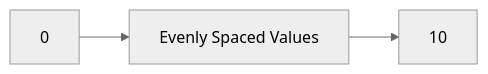
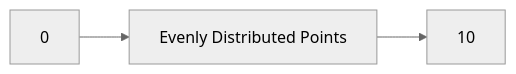
One commit to Balasubramanian-pg/MSC.-Data-Science-AI changed the diagram in Trimester 1/Data Visualization & Storytelling/W07 - Moduel 4a.  Python Matplotlib/L21/7.3. Getting Started with Matplotlib/Visual Intuition.md. Above: the diagram before and after it, drawn with Mermaid (neutral theme).

Commit message:
Add split section: Visual Intuition

````diff
--- a/Trimester 1/Data Visualization & Storytelling/W07 - Moduel 4a.  Python Matplotlib/L21/7.3. Getting Started with Matplotlib/Visual Intuition.md
+++ b/Trimester 1/Data Visualization & Storytelling/W07 - Moduel 4a.  Python Matplotlib/L21/7.3. Getting Started with Matplotlib/Visual Intuition.md
@@ -3,5 +3,4 @@
 ```mermaid
 flowchart LR
-    A[0] --> B[Evenly Spaced Values]
-    B --> C[10]
+    A[0] --> B[Evenly Distributed Points] --> C[10]
 ```
````
